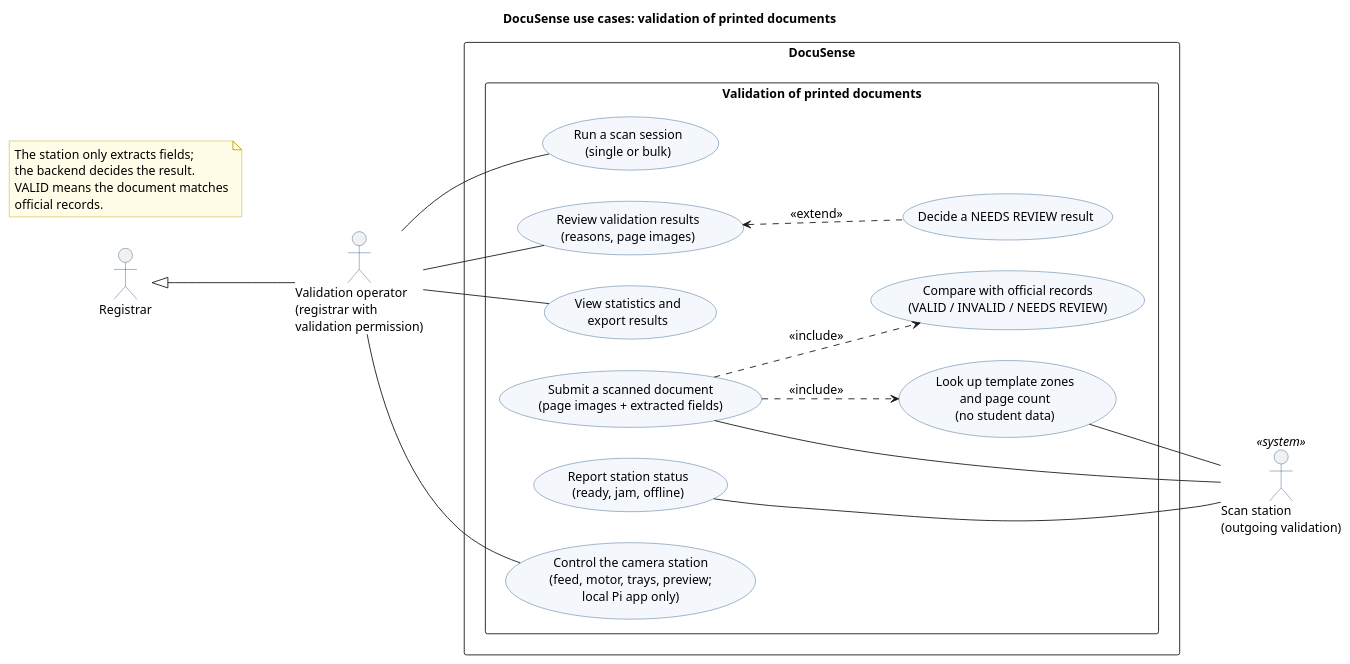
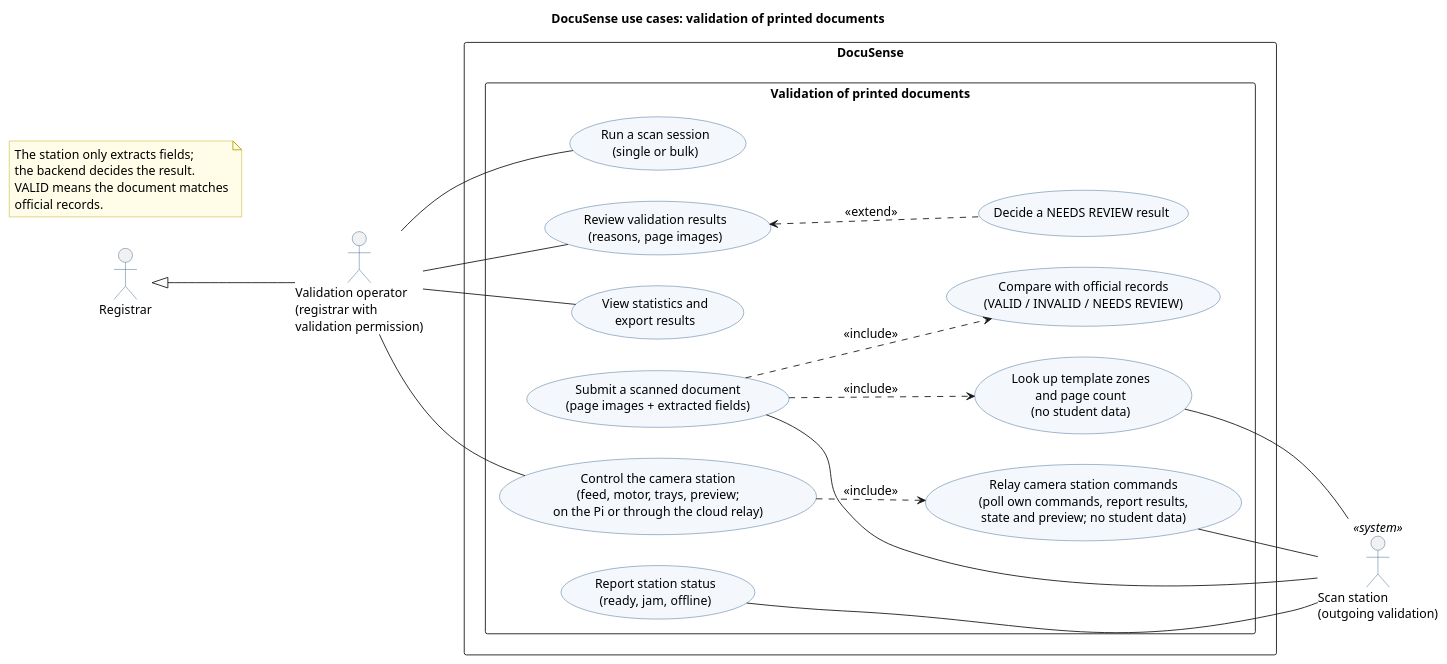
Before and after one commit to docusense67/DocuSense: the diagram in docs/diagrams/use-cases-validation.puml, drawn with PlantUML. The commit also changed 25 other files, not shown here.

First line of the commit message:
Cloud motor control: outbound relay from the Pi to the Render API

```diff
--- a/docs/diagrams/use-cases-validation.puml
+++ b/docs/diagrams/use-cases-validation.puml
@@ -1,68 +1,72 @@
 @startuml use-cases-validation
 ' Use cases: validation of printed (issued) documents. Detail of the "validation" package in
 ' use-cases.puml.
 '
 ' "' @routes <alias>: <METHOD path> | ..." lists the API routes behind a use case.
 ' backend/tests/test_use_case_diagram.py checks every actor link against
 ' backend/tests/test_access_matrix.py: edit both together.
 ' A use case that <<extend>>s another is also performed by that use case's actors.
 title DocuSense use cases: validation of printed documents
 left to right direction
 skinparam defaultFontSize 14
 skinparam shadowing false
 skinparam packageStyle rectangle
 skinparam usecase {
   BackgroundColor #F4F8FC
   BorderColor #2F5D8A
 }
 skinparam actor {
   BorderColor #2F5D8A
 }
 skinparam note {
   BackgroundColor #FFFDE7
   BorderColor #B8A200
 }
 
 actor "Registrar" as Registrar
 actor "Validation operator\n(registrar with\nvalidation permission)" as Operator
 actor "Scan station\n(outgoing validation)" as ScanStation <<system>>
 
 Operator -up-|> Registrar
 
 rectangle "DocuSense" {
   package "Validation of printed documents" {
     usecase "Run a scan session\n(single or bulk)" as V_SESSION
     ' @routes V_SESSION: GET /api/scan-stations | POST /api/scan-sessions | GET /api/scan-sessions/{session_id} | POST /api/scan-sessions/{session_id}/end
     usecase "Review validation results\n(reasons, page images)" as V_RESULTS
     ' @routes V_RESULTS: GET /api/validations | GET /api/validations/{scanned_id} | GET /api/validations/{scanned_id}/pages/{page}
     usecase "Decide a NEEDS REVIEW result" as V_CONFIRM
     ' @routes V_CONFIRM: POST /api/validations/{scanned_id}/review
     usecase "View statistics and\nexport results" as V_REPORT
     ' @routes V_REPORT: GET /api/validations/stats | GET /api/validations/export
     usecase "Look up template zones\nand page count\n(no student data)" as V_LOOKUP
     ' @routes V_LOOKUP: POST /api/station/lookup
     usecase "Submit a scanned document\n(page images + extracted fields)" as V_UPLOAD
     ' @routes V_UPLOAD: GET /api/station/session | POST /api/station/sessions/{session_id}/documents
     usecase "Compare with official records\n(VALID / INVALID / NEEDS REVIEW)" as V_DECIDE
     usecase "Report station status\n(ready, jam, offline)" as V_STATUS
     ' @routes V_STATUS: POST /api/station/status
-    usecase "Control the camera station\n(feed, motor, trays, preview;\nlocal Pi app only)" as V_MECH
+    usecase "Control the camera station\n(feed, motor, trays, preview;\non the Pi or through the cloud relay)" as V_MECH
     ' @routes V_MECH: GET /api/mechanism/status | GET /api/mechanism/camera/frame | POST /api/mechanism/command
+    usecase "Relay camera station commands\n(poll own commands, report results,\nstate and preview; no student data)" as V_RELAY
+    ' @routes V_RELAY: GET /api/station/mechanism/commands | POST /api/station/mechanism/commands/{command_id}/result | POST /api/station/mechanism/state | POST /api/station/mechanism/frame
   }
 }
 
 Operator -- V_SESSION
 Operator -- V_RESULTS
 Operator -- V_REPORT
 Operator -- V_MECH
 
 V_LOOKUP -- ScanStation
 V_UPLOAD -- ScanStation
 V_STATUS -- ScanStation
+V_RELAY -- ScanStation
 
 V_UPLOAD ..> V_LOOKUP : <<include>>
 V_UPLOAD ..> V_DECIDE : <<include>>
 V_RESULTS <.. V_CONFIRM : <<extend>>
+V_MECH ..> V_RELAY : <<include>>
 
 note "The station only extracts fields;\nthe backend decides the result.\nVALID means the document matches\nofficial records." as N1
 @enduml
```
